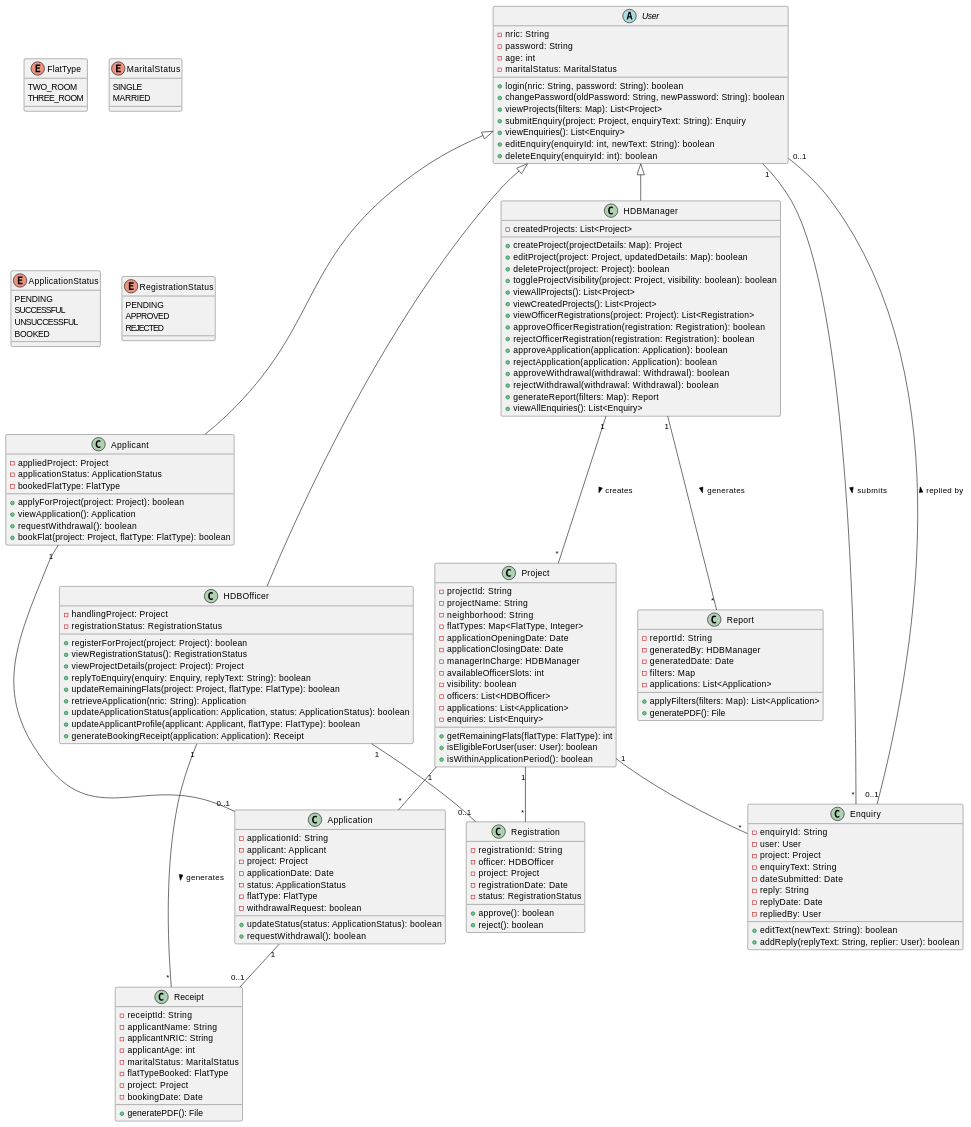
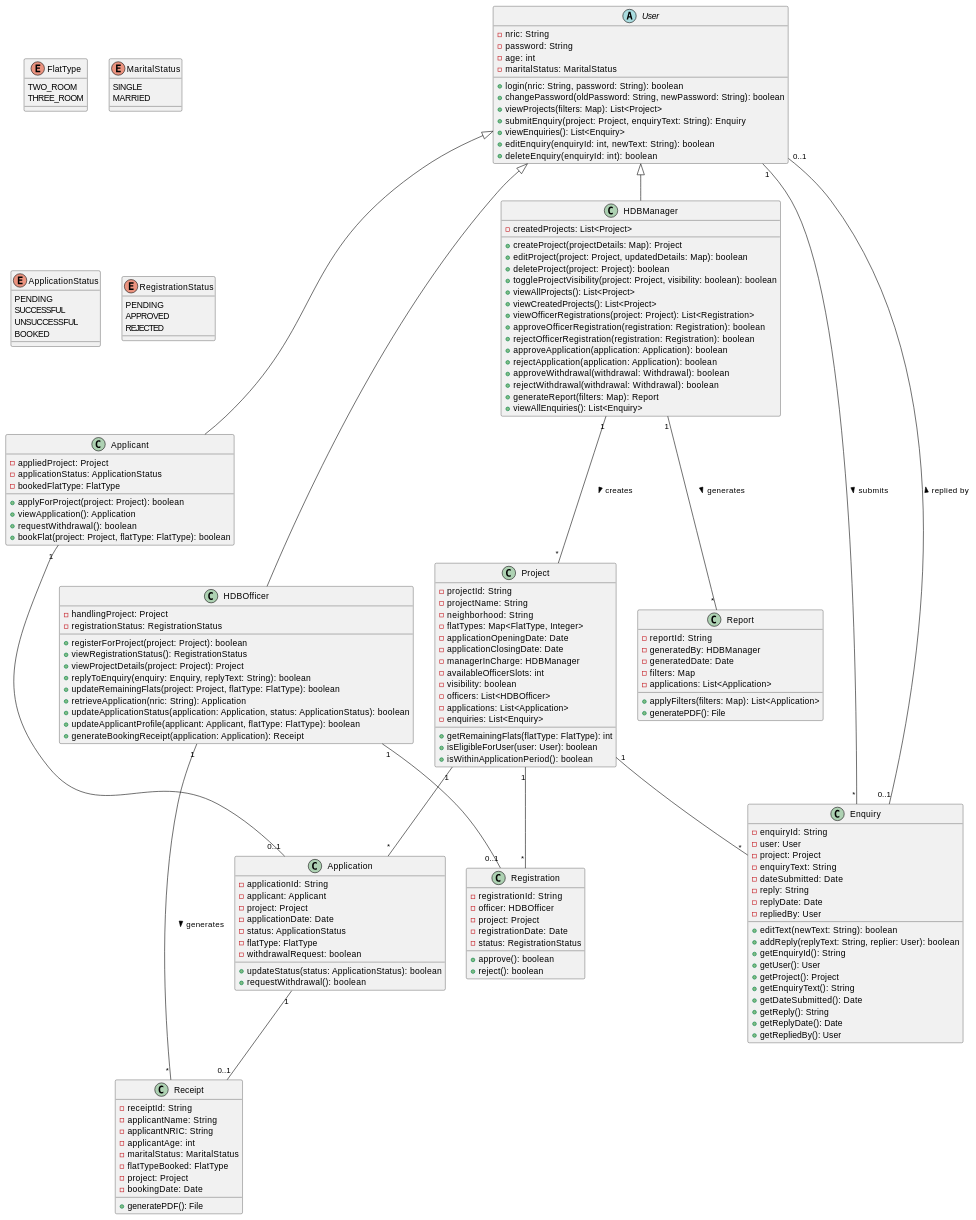
One commit to goheesheng/sc2002_HDB changed the diagram in UML.md. Above: the diagram before and after it, drawn with PlantUML.

Commit message:
Added getter method for Enquiry

```diff
--- a/UML.md
+++ b/UML.md
@@ -101,6 +101,14 @@
   - repliedBy: User
   + editText(newText: String): boolean
   + addReply(replyText: String, replier: User): boolean
+  + getEnquiryId(): String
+  + getUser(): User
+  + getProject(): Project
+  + getEnquiryText(): String
+  + getDateSubmitted(): Date
+  + getReply(): String
+  + getReplyDate(): Date
+  + getRepliedBy(): User
 }
 
 class Receipt {
```
